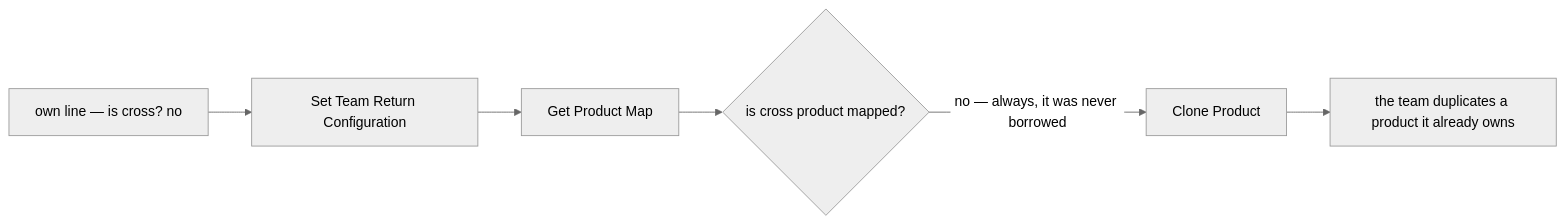
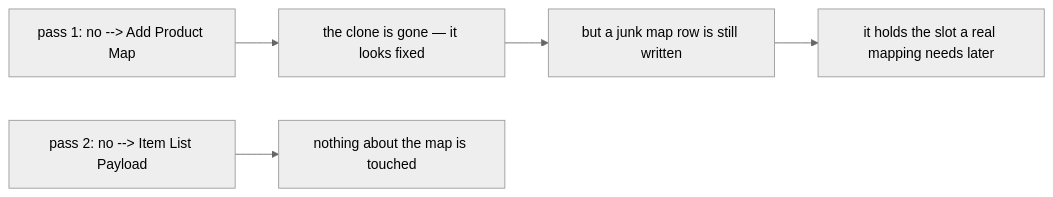
One commit to pdcgo/warehouse_revamp changed the third of 4 diagrams in docs/business/order/order_return_clarify.md. Above: the diagram before and after it, drawn with Mermaid (neutral theme). The commit also changed other lines of this file and 5 other files, not shown here.

````diff
--- a/docs/business/order/order_return_clarify.md
+++ b/docs/business/order/order_return_clarify.md
@@ -193,8 +233,7 @@
 ```mermaid
 flowchart LR
-  N["own line — is cross? no"] --> SET["Set Team Return Configuration"]
-  SET --> MAP["Get Product Map"]
-  MAP --> MISS{"is cross product mapped?"}
-  MISS -->|"no — always, it was never borrowed"| CLONE["Clone Product"]
-  CLONE --> DUP["the team duplicates a product it already owns"]
+  P1["pass 1: no --> Add Product Map"] --> L1["the clone is gone — it looks fixed"]
+  L1 --> H["but a junk map row is still written"]
+  H --> S["it holds the slot a real mapping needs later"]
+  P2["pass 2: no --> Item List Payload"] --> OK["nothing about the map is touched"]
 ```
````
